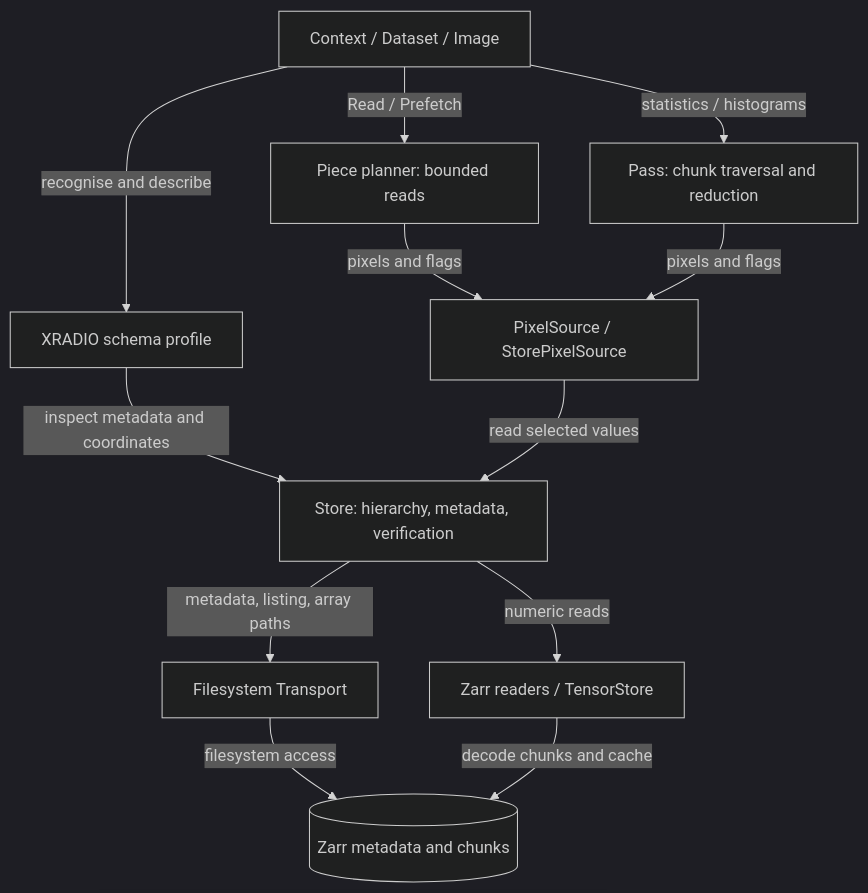
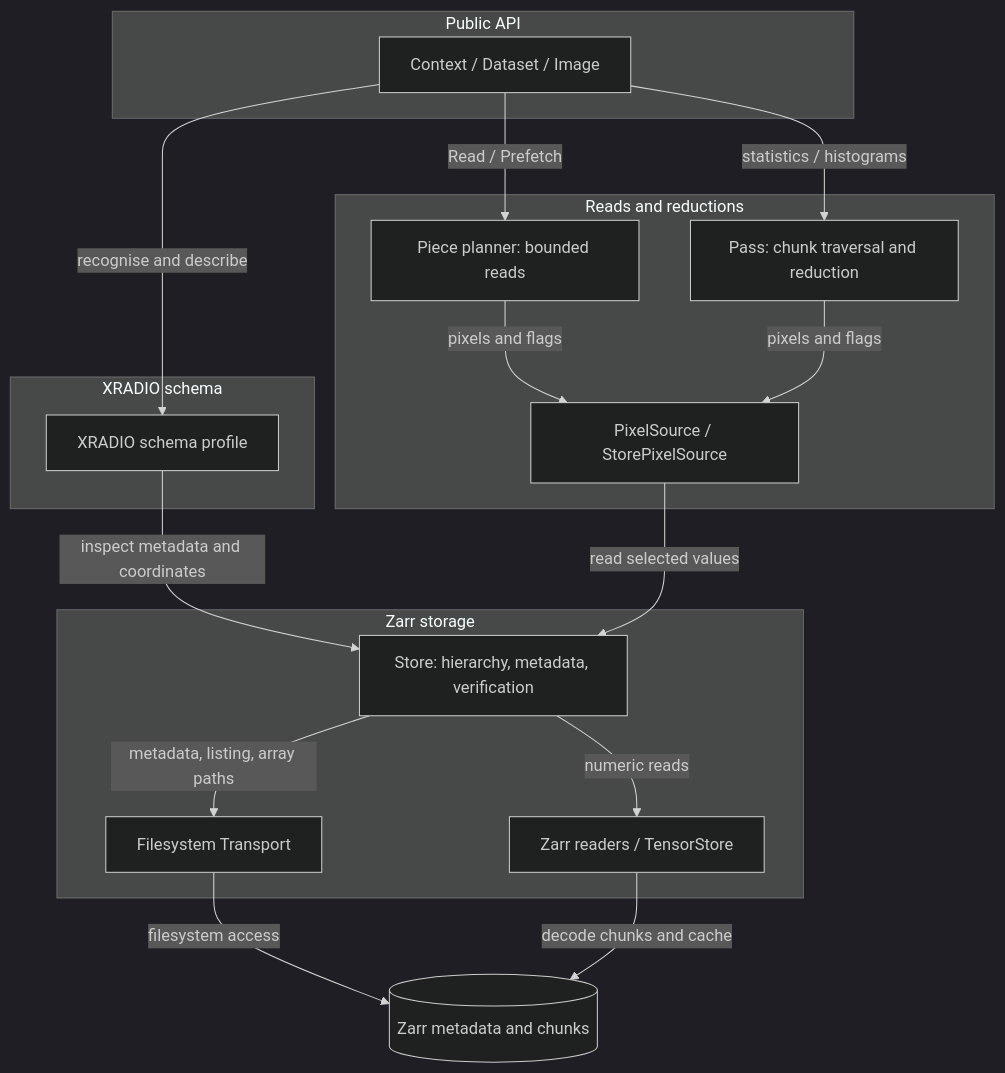
The second of 2 diagrams in docs/architecture.md (CARTAvis/carta-zarr), drawn with Mermaid (dark theme) before and after one commit.

Commit message:
docs: group the component diagram into API, schema, reads and storage layers (#22)

````diff
--- a/docs/architecture.md
+++ b/docs/architecture.md
@@ -33,14 +33,30 @@
 ```{mermaid}
 flowchart TB
-    API["Context / Dataset / Image"] -->|"recognise and describe"| Profile["XRADIO schema profile"]
-    Profile -->|"inspect metadata and coordinates"| Store["Store: hierarchy, metadata, verification"]
-    API -->|"Read / Prefetch"| Pieces["Piece planner: bounded reads"]
-    API -->|"statistics / histograms"| Pass["Pass: chunk traversal and reduction"]
-    Pieces -->|"pixels and flags"| Source["PixelSource / StorePixelSource"]
+    subgraph G_api["Public API"]
+        API["Context / Dataset / Image"]
+    end
+    subgraph G_schema["XRADIO schema"]
+        Profile["XRADIO schema profile"]
+    end
+    subgraph G_compute["Reads and reductions"]
+        Pieces["Piece planner: bounded reads"]
+        Pass["Pass: chunk traversal and reduction"]
+        Source["PixelSource / StorePixelSource"]
+    end
+    subgraph G_storage["Zarr storage"]
+        Store["Store: hierarchy, metadata, verification"]
+        Transport["Filesystem Transport"]
+        Reader["Zarr readers / TensorStore"]
+    end
+    API -->|"recognise and describe"| Profile
+    Profile -->|"inspect metadata and coordinates"| Store
+    API -->|"Read / Prefetch"| Pieces
+    API -->|"statistics / histograms"| Pass
+    Pieces -->|"pixels and flags"| Source
     Pass -->|"pixels and flags"| Source
     Source -->|"read selected values"| Store
-    Store -->|"metadata, listing, array paths"| Transport["Filesystem Transport"]
-    Store -->|"numeric reads"| Reader["Zarr readers / TensorStore"]
+    Store -->|"metadata, listing, array paths"| Transport
+    Store -->|"numeric reads"| Reader
     Transport -->|"filesystem access"| Disk[("Zarr metadata and chunks")]
     Reader -->|"decode chunks and cache"| Disk
 ```
````
